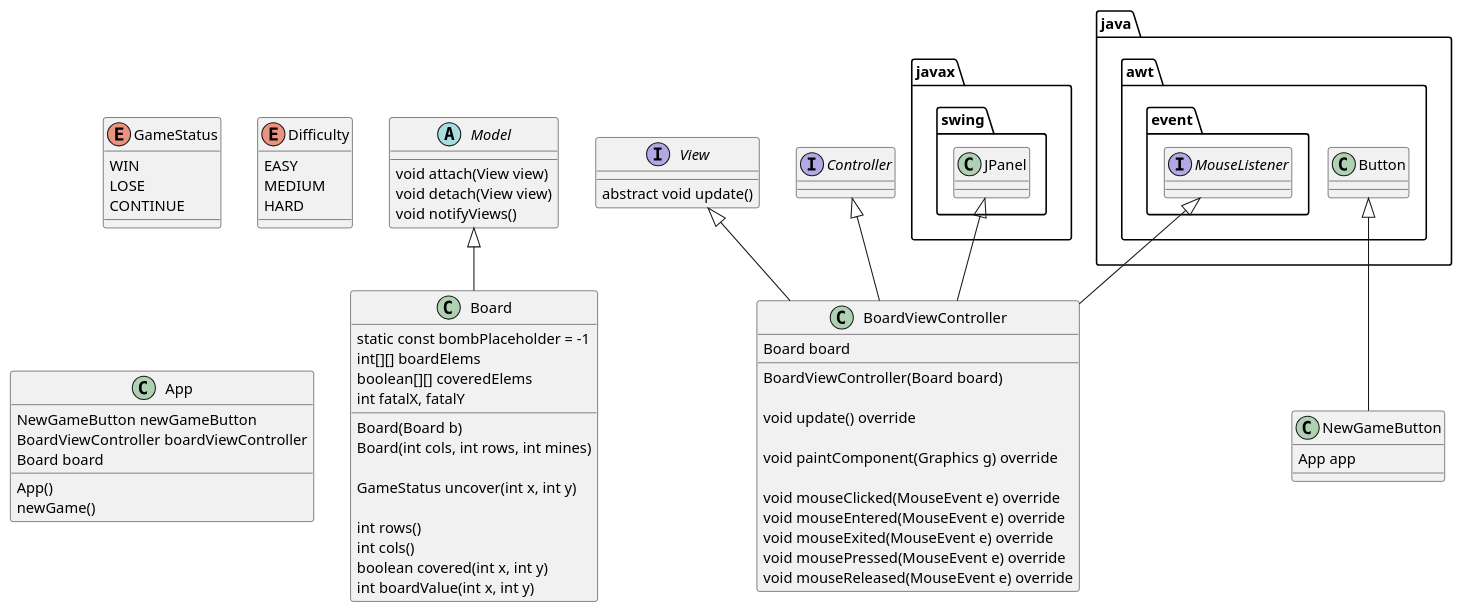
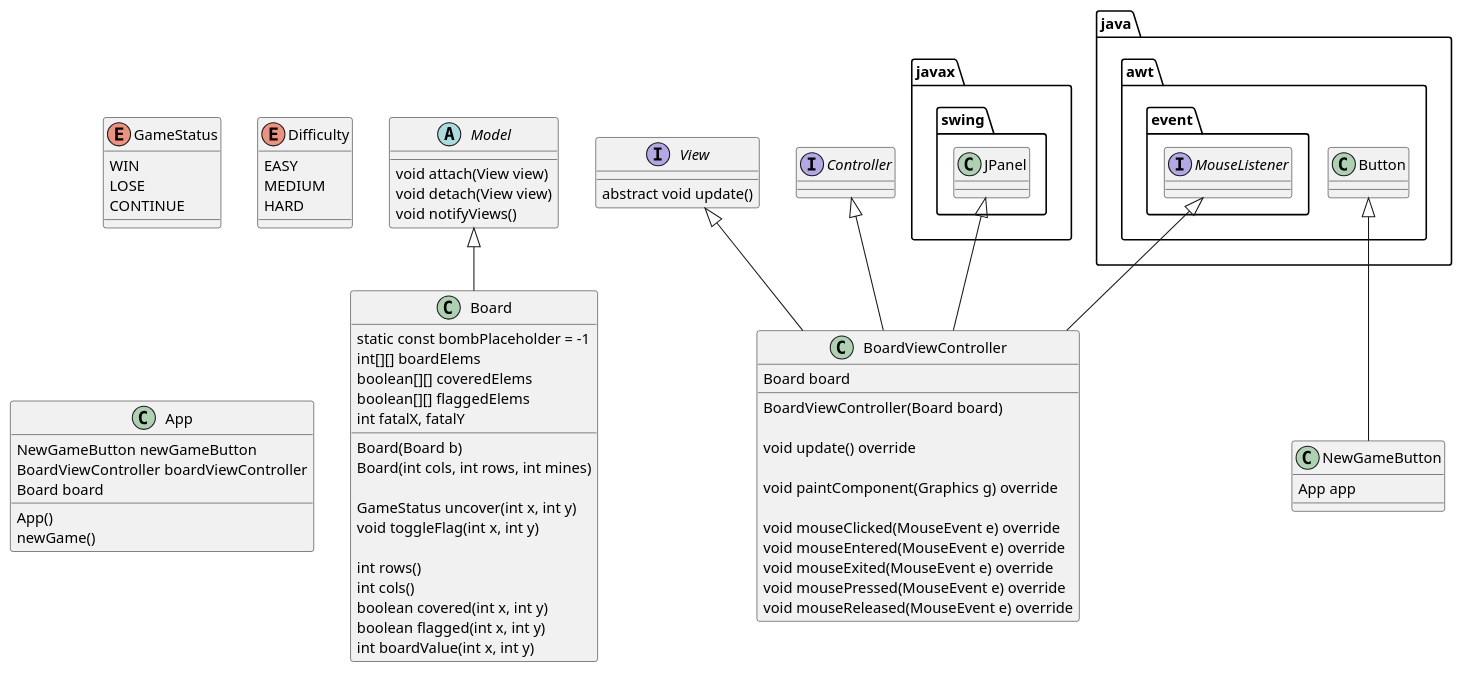
Before and after one commit to MarkMizzi/minesweeper: the diagram in design/minesweeper.plantuml, drawn with PlantUML. The commit also changed 4 other files, not shown here.

```diff
--- a/design/minesweeper.plantuml
+++ b/design/minesweeper.plantuml
@@ -1,84 +1,87 @@
 @startuml
 
 abstract class Model {
     void attach(View view)
     void detach(View view)
     void notifyViews()
 }
 
 class Board {
 
     static const bombPlaceholder = -1
     int[][] boardElems
     boolean[][] coveredElems
+    boolean[][] flaggedElems
     int fatalX, fatalY
 
     Board(Board b)
     Board(int cols, int rows, int mines)
 
     GameStatus uncover(int x, int y)
+    void toggleFlag(int x, int y)
 
     int rows()
     int cols()
     boolean covered(int x, int y)
+    boolean flagged(int x, int y)
     int boardValue(int x, int y)
 }
 
 enum GameStatus {
     WIN
     LOSE
     CONTINUE
 }
 
 enum Difficulty {
     EASY
     MEDIUM
     HARD
 }
 
 class BoardViewController {
     Board board
 
     BoardViewController(Board board)
 
     void update() override
 
     void paintComponent(Graphics g) override
 
     void mouseClicked(MouseEvent e) override
     void mouseEntered(MouseEvent e) override
     void mouseExited(MouseEvent e) override
     void mousePressed(MouseEvent e) override
     void mouseReleased(MouseEvent e) override
 }
 
 interface View {
     abstract void update()
 }
 
 class NewGameButton {
     App app
 }
 
 class App {
     NewGameButton newGameButton
     BoardViewController boardViewController
     Board board
 
     App()
     newGame()
 }
 
 interface java.awt.event.MouseListener
 class javax.swing.JPanel
 
 interface Controller
 
 Model <|-- Board
 Controller <|-- BoardViewController
 View <|-- BoardViewController
 java.awt.event.MouseListener <|-- BoardViewController
 javax.swing.JPanel <|-- BoardViewController
 java.awt.Button <|-- NewGameButton
 
 @enduml
```
